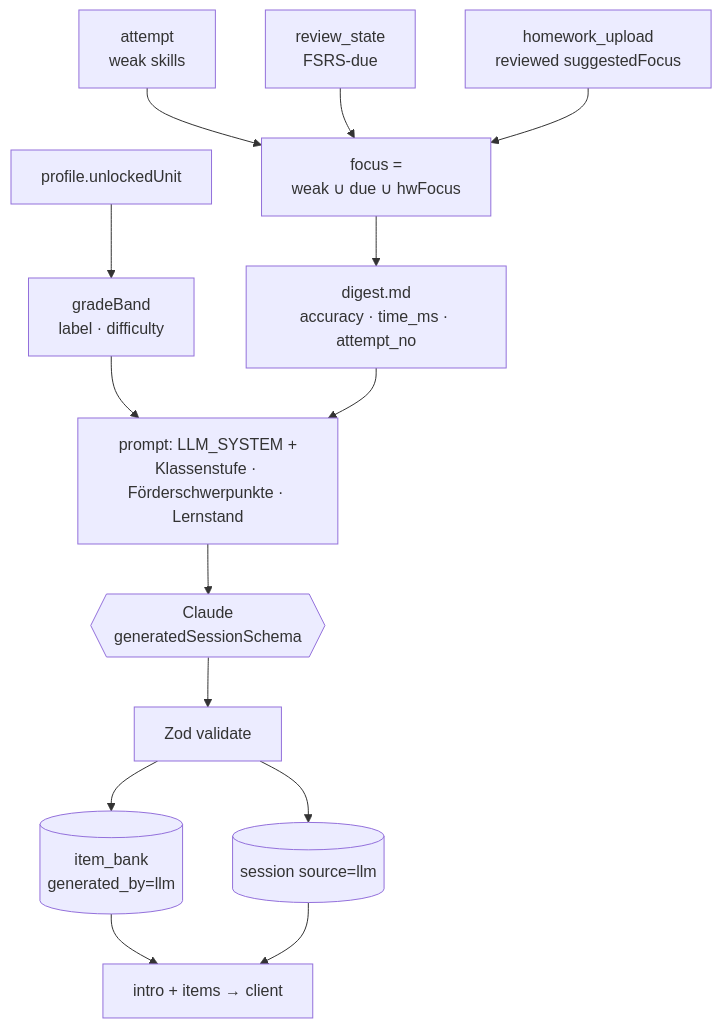
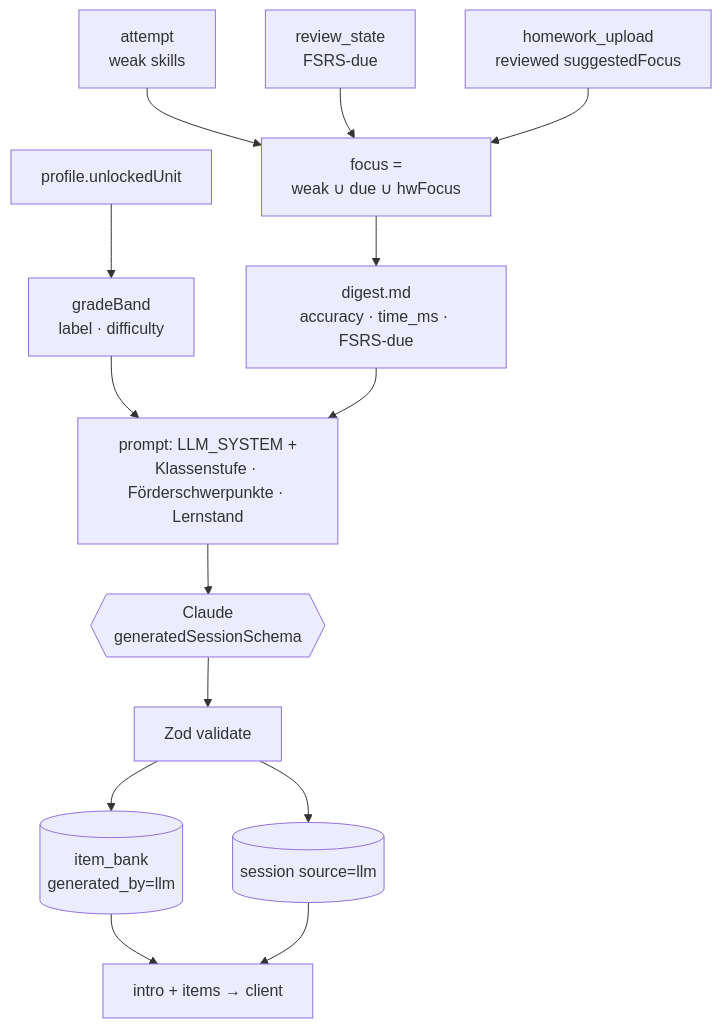
One commit to floortner/knorp changed the first of 2 diagrams in besserlesenschreiben/backend/SPEC.md. Above: the diagram before and after it, drawn with Mermaid. The commit also changed other lines of this file and 41 other files, not shown here.

````diff
--- a/besserlesenschreiben/backend/SPEC.md
+++ b/besserlesenschreiben/backend/SPEC.md
@@ -590,16 +597,16 @@
 ```mermaid
 flowchart TD
   A[attempt<br/>weak skills] --> F[focus =<br/>weak ∪ due ∪ hwFocus]
   R[review_state<br/>FSRS-due] --> F
   H[homework_upload<br/>reviewed suggestedFocus] --> F
   U[profile.unlockedUnit] --> GB[gradeBand<br/>label · difficulty]
-  F --> D[digest.md<br/>accuracy · time_ms · attempt_no]
+  F --> D[digest.md<br/>accuracy · time_ms · FSRS-due]
   GB --> P[prompt: LLM_SYSTEM +<br/>Klassenstufe · Förderschwerpunkte · Lernstand]
   D --> P
   P --> C{{Claude<br/>generatedSessionSchema}}
   C --> Z[Zod validate]
   Z --> IB[(item_bank<br/>generated_by=llm)]
   Z --> S[(session source=llm)]
   IB --> OUT[intro + items → client]
   S --> OUT
 ```
````
